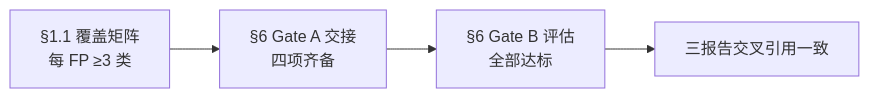
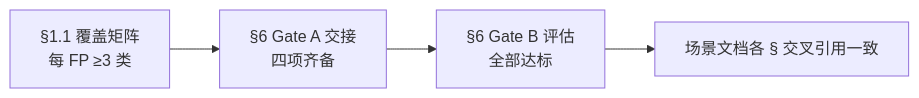
The eighth of 8 diagrams in agents/tester.md (effiy/YrY), drawn with Mermaid before and after one commit. The commit also changed other lines of this file and 37 other files, not shown here.

````diff
--- a/agents/tester.md
+++ b/agents/tester.md
@@ -147,7 +201,7 @@
 ```mermaid
 flowchart LR
     S1["§1.1 覆盖矩阵<br/>每 FP ≥3 类"]:::sig --> S2["§6 Gate A 交接<br/>四项齐备"]:::sig
     S2 --> S3["§6 Gate B 评估<br/>全部达标"]:::sig
-    S3 --> S4["三报告交叉引用一致"]:::sig
+    S3 --> S4["场景文档各 § 交叉引用一致"]:::sig
 
 ```
````
